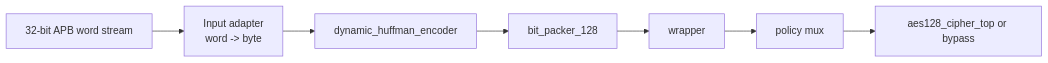
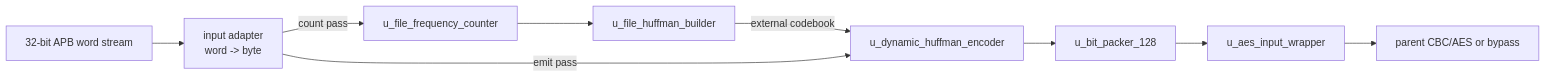
Before and after one commit to ngoquocan139/AES_huffman_all6: the second of 2 diagrams in docs/apb_huffman_aes_tx_top_spec.md, drawn with Mermaid. The commit also changed other lines of this file and 33 other files, not shown here.

````diff
--- a/docs/apb_huffman_aes_tx_top_spec.md
+++ b/docs/apb_huffman_aes_tx_top_spec.md
@@ -51,10 +65,12 @@
 ```mermaid
 flowchart LR
-    A["32-bit APB word stream"] --> B["Input adapter
+    A["32-bit APB word stream"] --> B["input adapter
     word -> byte"]
-    B --> C["dynamic_huffman_encoder"]
-    C --> D["bit_packer_128"]
-    D --> E["wrapper"]
-    E --> F["policy mux"]
-    F --> G["aes128_cipher_top or bypass"]
+    B -->|"count pass"| FC["u_file_frequency_counter"]
+    FC --> HB["u_file_huffman_builder"]
+    HB -->|"external codebook"| C["u_dynamic_huffman_encoder"]
+    B -->|"emit pass"| C
+    C --> D["u_bit_packer_128"]
+    D --> E["u_aes_input_wrapper"]
+    E --> F["parent CBC/AES or bypass"]
 ```
````
